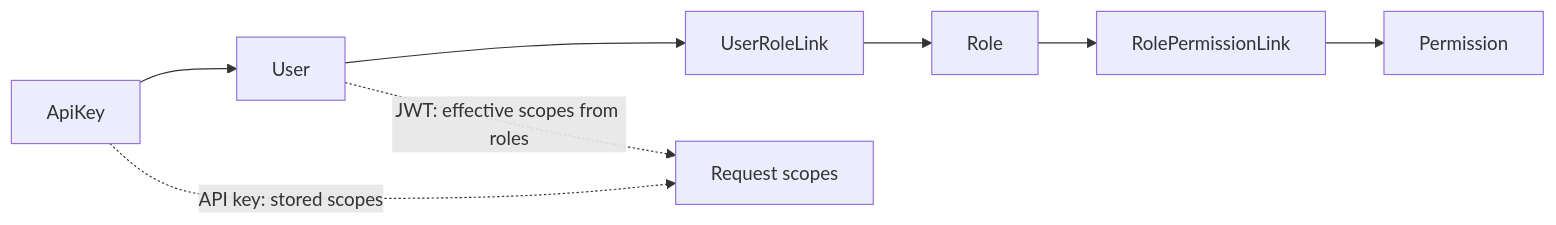
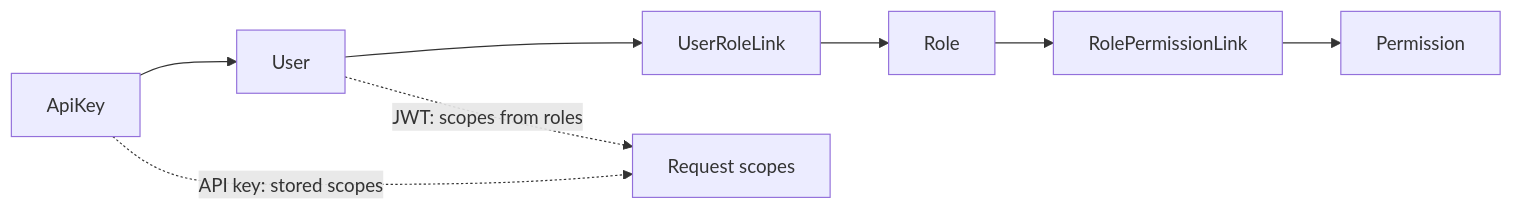
The first of 2 diagrams in docs/architecture/06-auth-and-security.md (jrialland/agentbox), drawn with Mermaid before and after one commit. The commit also changed 5 other files, not shown here.

Commit message:
docs(architecture): complete technical architecture documentation set

````diff
--- a/docs/architecture/06-auth-and-security.md
+++ b/docs/architecture/06-auth-and-security.md
@@ -14,8 +14,8 @@
 ```mermaid
 flowchart LR
   user["User"] --> url["UserRoleLink"] --> role["Role"]
   role --> rpl["RolePermissionLink"] --> perm["Permission"]
   key["ApiKey"] --> user
-  user -. "JWT: effective scopes from roles" .-> scope["Request scopes"]
-  key -. "API key: stored scopes" .-> scope
+  user -.->|"JWT: scopes from roles"| scope["Request scopes"]
+  key -.->|"API key: stored scopes"| scope
 ```
````
